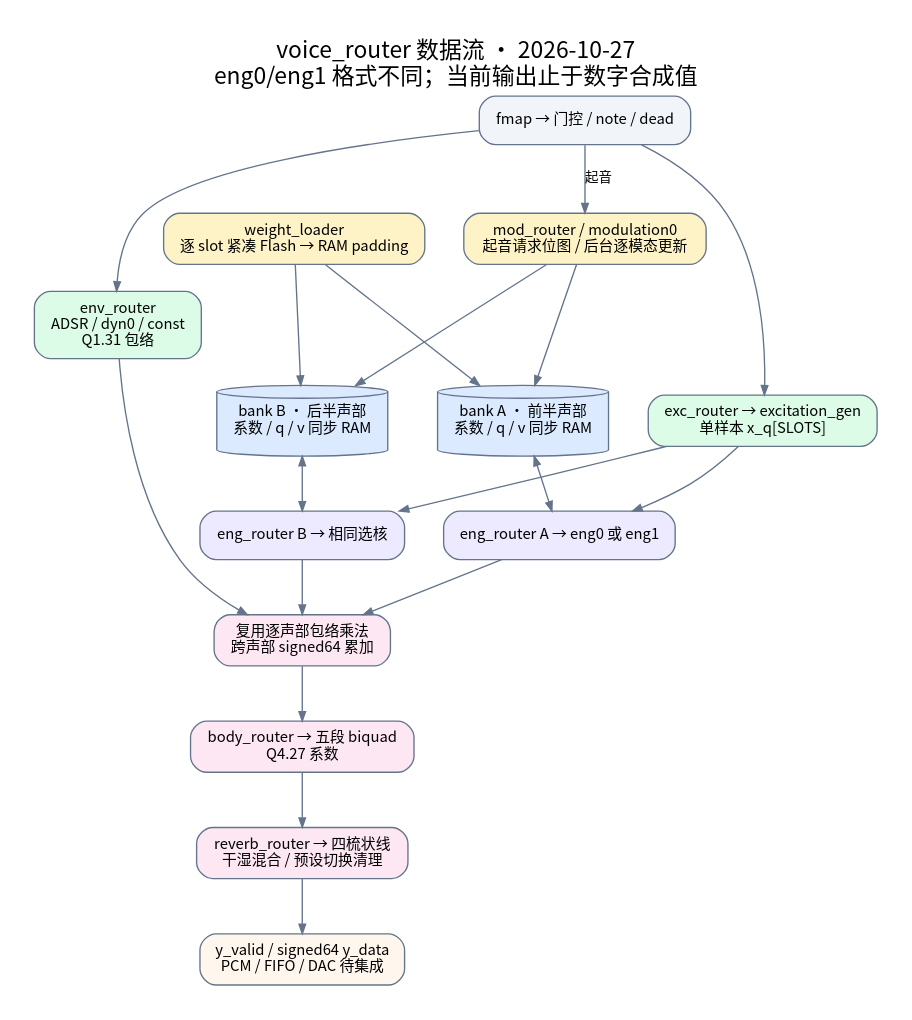
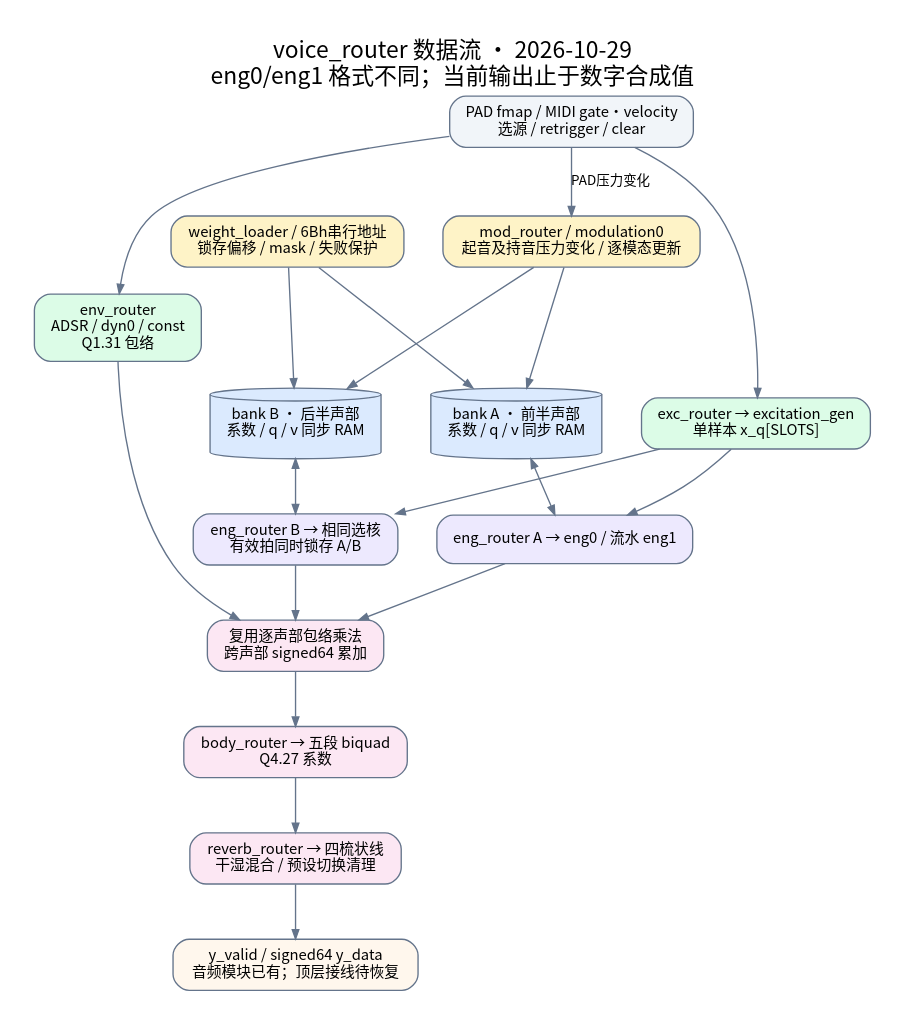
The diagram in docs/diagrams/engine_post_flow.dot (rubbishbro/FPGA_IDC_2026), drawn with Graphviz before and after one commit. The commit also changed 64 other files, not shown here.

```diff
--- a/docs/diagrams/engine_post_flow.dot
+++ b/docs/diagrams/engine_post_flow.dot
@@ -1,26 +1,26 @@
 // 当前结构；不在图内维护 PASS/Fmax，结果见文档维护与验证。
 digraph engine_post_flow {
 graph [fontname="Noto Sans CJK SC",fontsize=17,rankdir=TB,nodesep=0.4,ranksep=0.55,bgcolor="white",pad=0.25];
 node [shape=box,style="rounded,filled",fontname="Noto Sans CJK SC",fontsize=11,margin="0.16,0.10",color="#64748b",fillcolor="#f1f5f9"];
 edge [fontname="Noto Sans CJK SC",fontsize=10,color="#64748b",arrowsize=0.7];
 
-label="voice_router 数据流 · 2026-10-27\neng0/eng1 格式不同；当前输出止于数字合成值";labelloc=t;
-fmap [label="fmap → 门控 / note / dead"];
+label="voice_router 数据流 · 2026-10-29\neng0/eng1 格式不同；当前输出止于数字合成值";labelloc=t;
+fmap [label="PAD fmap / MIDI gate·velocity\n选源 / retrigger / clear"];
 exc [label="exc_router → excitation_gen\n单样本 x_q[SLOTS]",fillcolor="#dcfce7"];
 env [label="env_router\nADSR / dyn0 / const\nQ1.31 包络",fillcolor="#dcfce7"];
-load [label="weight_loader\n逐 slot 紧凑 Flash → RAM padding",fillcolor="#fef3c7"];
-mod [label="mod_router / modulation0\n起音请求位图 / 后台逐模态更新",fillcolor="#fef3c7"];
+load [label="weight_loader / 6Bh串行地址\n锁存偏移 / mask / 失败保护",fillcolor="#fef3c7"];
+mod [label="mod_router / modulation0\n起音及持音压力变化 / 逐模态更新",fillcolor="#fef3c7"];
 a [label="bank A · 前半声部\n系数 / q / v 同步 RAM",shape=cylinder,fillcolor="#dbeafe"];
 b [label="bank B · 后半声部\n系数 / q / v 同步 RAM",shape=cylinder,fillcolor="#dbeafe"];
-ea [label="eng_router A → eng0 或 eng1",fillcolor="#ede9fe"];
-eb [label="eng_router B → 相同选核",fillcolor="#ede9fe"];
+ea [label="eng_router A → eng0 / 流水 eng1",fillcolor="#ede9fe"];
+eb [label="eng_router B → 相同选核\n有效拍同时锁存 A/B",fillcolor="#ede9fe"];
 mix [label="复用逐声部包络乘法\n跨声部 signed64 累加",fillcolor="#fce7f3"];
 body [label="body_router → 五段 biquad\nQ4.27 系数",fillcolor="#fce7f3"];
 rev [label="reverb_router → 四梳状线\n干湿混合 / 预设切换清理",fillcolor="#fce7f3"];
-y [label="y_valid / signed64 y_data\nPCM / FIFO / DAC 待集成",fillcolor="#fff7ed"];
-fmap -> exc;fmap -> env;fmap -> mod [label="起音"];
+y [label="y_valid / signed64 y_data\n音频模块已有；顶层接线待恢复",fillcolor="#fff7ed"];
+fmap -> exc;fmap -> env;fmap -> mod [label="PAD压力变化"];
 load -> a;load -> b;mod -> a;mod -> b;
 a -> ea [dir=both];b -> eb [dir=both];exc -> ea;exc -> eb;
 ea -> mix;eb -> mix;env -> mix;mix -> body -> rev -> y;
 {rank=same;a;b;} {rank=same;ea;eb;}
 }
```
